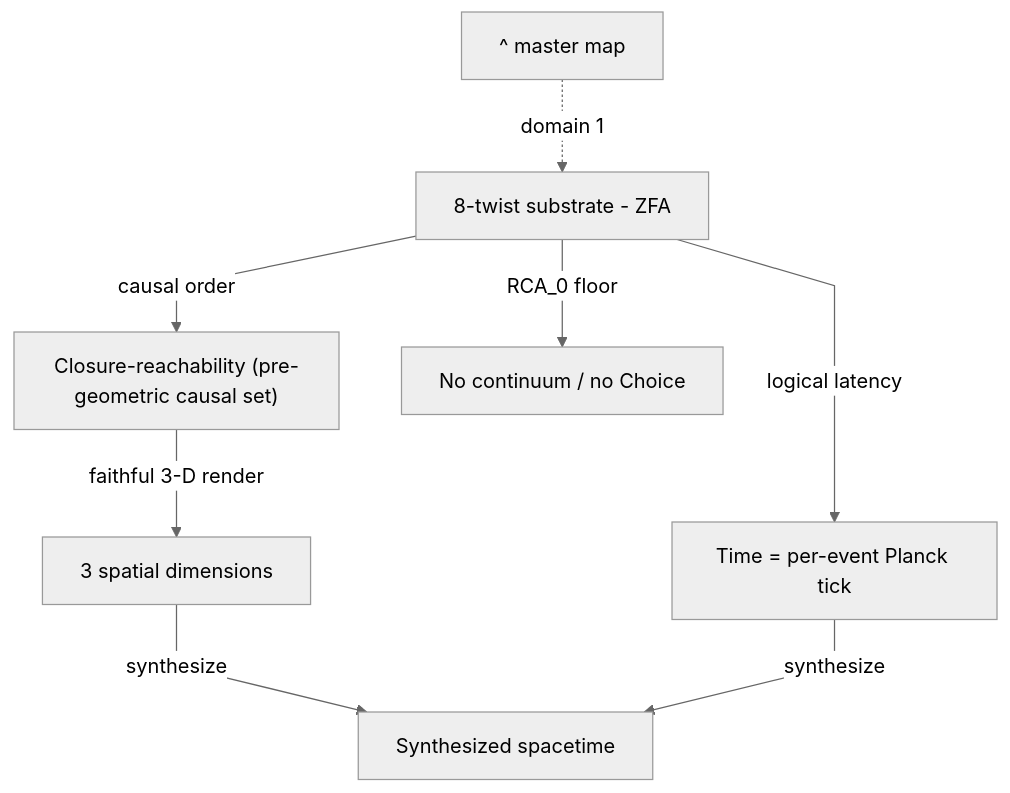
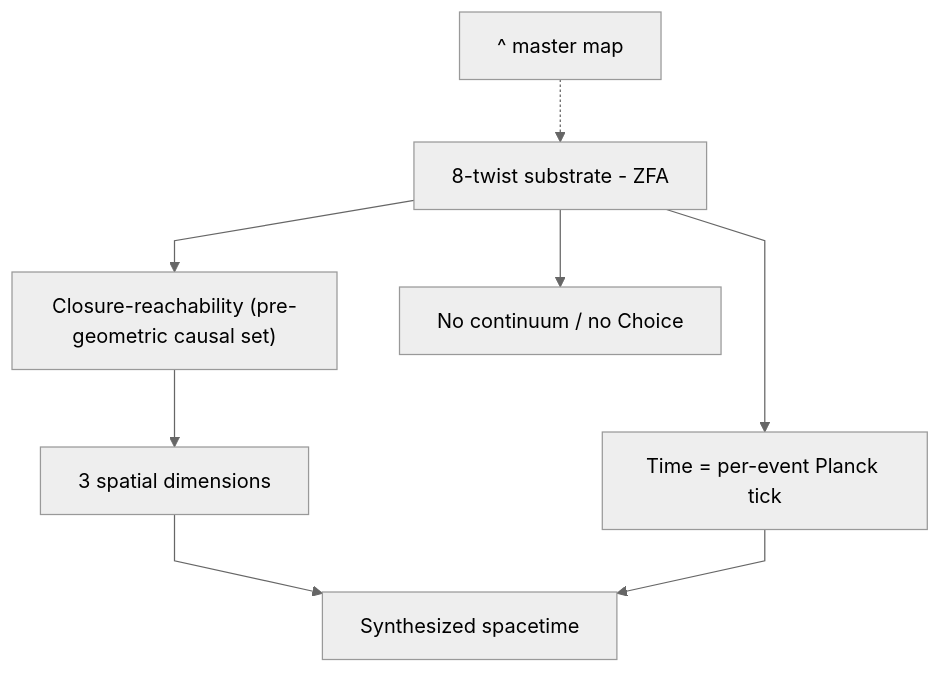
One commit to jimscarver/quantum-logical-framework changed the second of 11 diagrams in FlowChart.md. Above: the diagram before and after it, drawn with Mermaid. The commit also changed other lines of this file, not shown here.

First line of the commit message:
FlowChart.md: remove edge labels, move connectors to text legends (definitive GitHub render fix)

````diff
--- a/FlowChart.md
+++ b/FlowChart.md
@@ -39,11 +41,11 @@
 ```mermaid
 %%{init: {"theme":"neutral", "flowchart": {"curve": "linear"}}}%%
 flowchart TD
-  H1["^ master map"] -.->|"domain 1"| S["8-twist substrate - ZFA"]
-  S -->|"causal order"| R["Closure-reachability (pre-geometric causal set)"]
-  R -->|"faithful 3-D render"| D["3 spatial dimensions"]
-  S -->|"logical latency"| T["Time = per-event Planck tick"]
-  D -->|"synthesize"| SP["Synthesized spacetime"]
-  T -->|"synthesize"| SP
-  S -->|"RCA_0 floor"| CN["No continuum / no Choice"]
+  H1["^ master map"] -.-> S["8-twist substrate - ZFA"]
+  S --> R["Closure-reachability (pre-geometric causal set)"]
+  R --> D["3 spatial dimensions"]
+  S --> T["Time = per-event Planck tick"]
+  D --> SP["Synthesized spacetime"]
+  T --> SP
+  S --> CN["No continuum / no Choice"]
 ```
````
